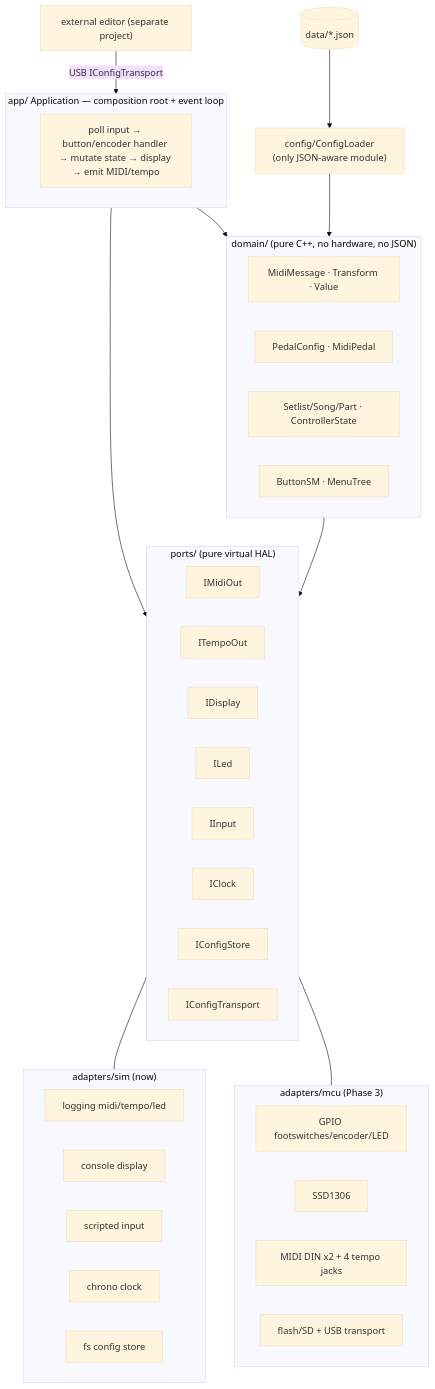
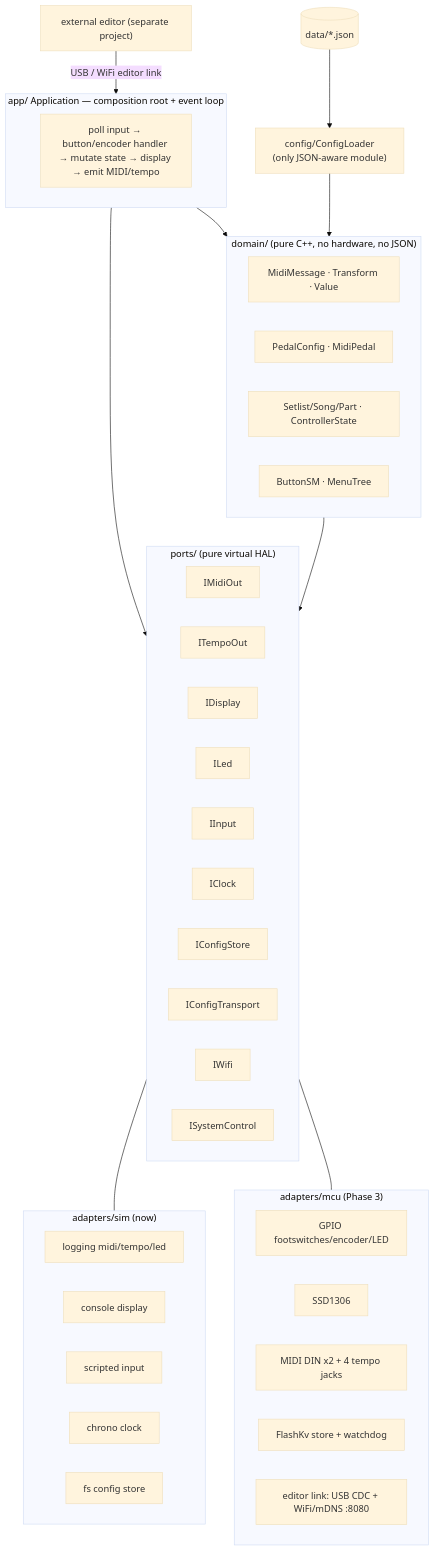
Before and after one commit to jcksnvllxr80/MidiControllerCpp: the first of 2 diagrams in docs/architecture.md, drawn with Mermaid (base theme). The commit also changed 64 other files, not shown here.

````diff
--- a/docs/architecture.md
+++ b/docs/architecture.md
@@ -7,43 +7,45 @@
 ```mermaid
 flowchart TB
-    EXT["external editor (separate project)"] -- "USB IConfigTransport" --> APP
+    EXT["external editor (separate project)"] -- "USB / WiFi editor link" --> APP
 
     subgraph APP["app/ Application — composition root + event loop"]
       L["poll input → button/encoder handler → mutate state → display → emit MIDI/tempo"]
     end
 
     subgraph PORTS["ports/ (pure virtual HAL)"]
       direction LR
       IMidiOut & ITempoOut & IDisplay & ILed
       IInput & IClock & IConfigStore & IConfigTransport
+      IWifi & ISystemControl
     end
 
     subgraph SIM["adapters/sim (now)"]
       direction LR
       LMid["logging midi/tempo/led"] & CDisp["console display"]
       SInp["scripted input"] & CClk["chrono clock"] & FsCS["fs config store"]
     end
 
     subgraph MCU["adapters/mcu (Phase 3)"]
       direction LR
       GPIO["GPIO footswitches/encoder/LED"] & OLED["SSD1306"]
-      DIN["MIDI DIN x2 + 4 tempo jacks"] & STORE["flash/SD + USB transport"]
+      DIN["MIDI DIN x2 + 4 tempo jacks"] & STORE["FlashKv store + watchdog"]
+      LINK["editor link: USB CDC + WiFi/mDNS :8080"]
     end
 
     subgraph CORE["domain/ (pure C++, no hardware, no JSON)"]
       direction LR
       MM["MidiMessage · Transform · Value"]
       PC["PedalConfig · MidiPedal"]
       SS["Setlist/Song/Part · ControllerState"]
       BM["ButtonSM · MenuTree"]
     end
 
     APP --> PORTS
     PORTS --- SIM
     PORTS --- MCU
     APP --> CORE
     CORE --> PORTS
 
     CFG["config/ConfigLoader\n(only JSON-aware module)"] --> CORE
     DATA[("data/*.json")] --> CFG
 ```
````
